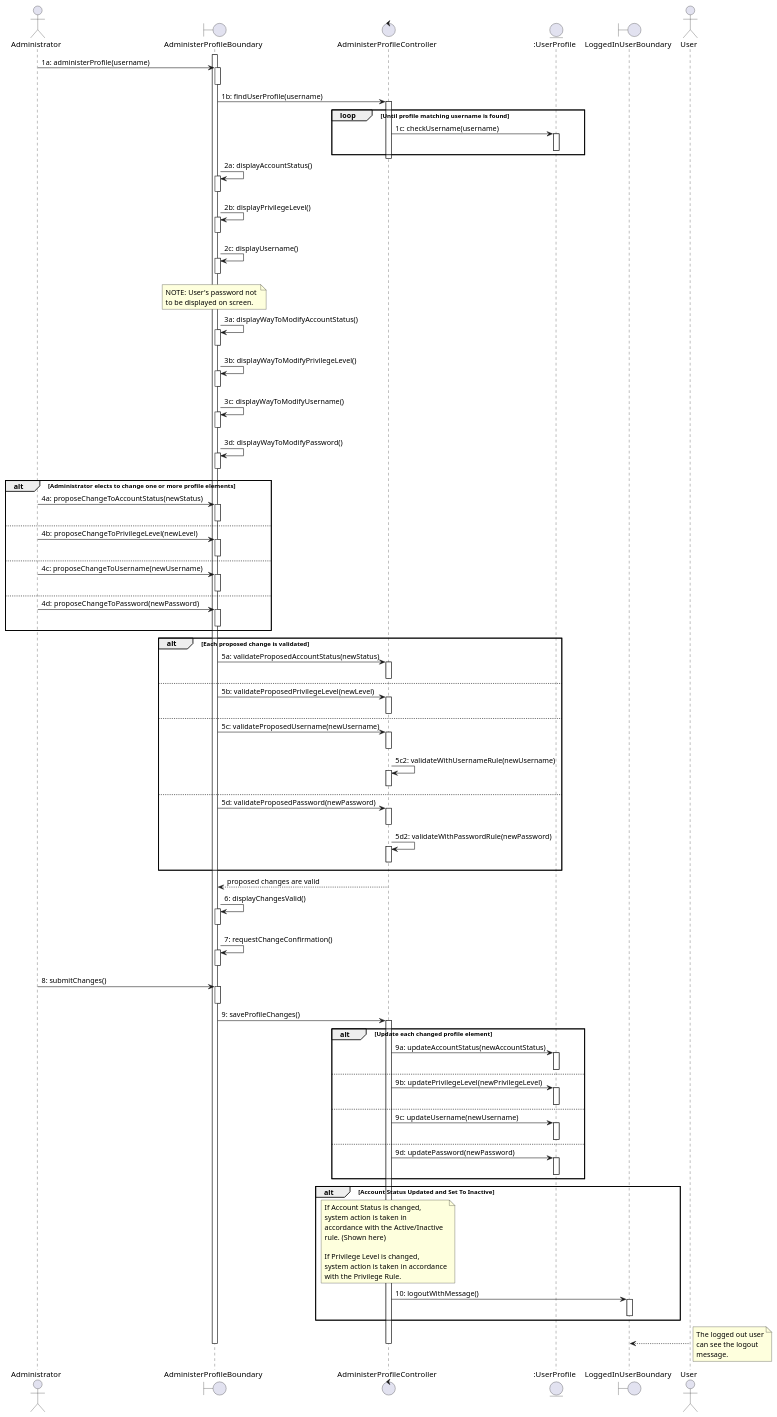
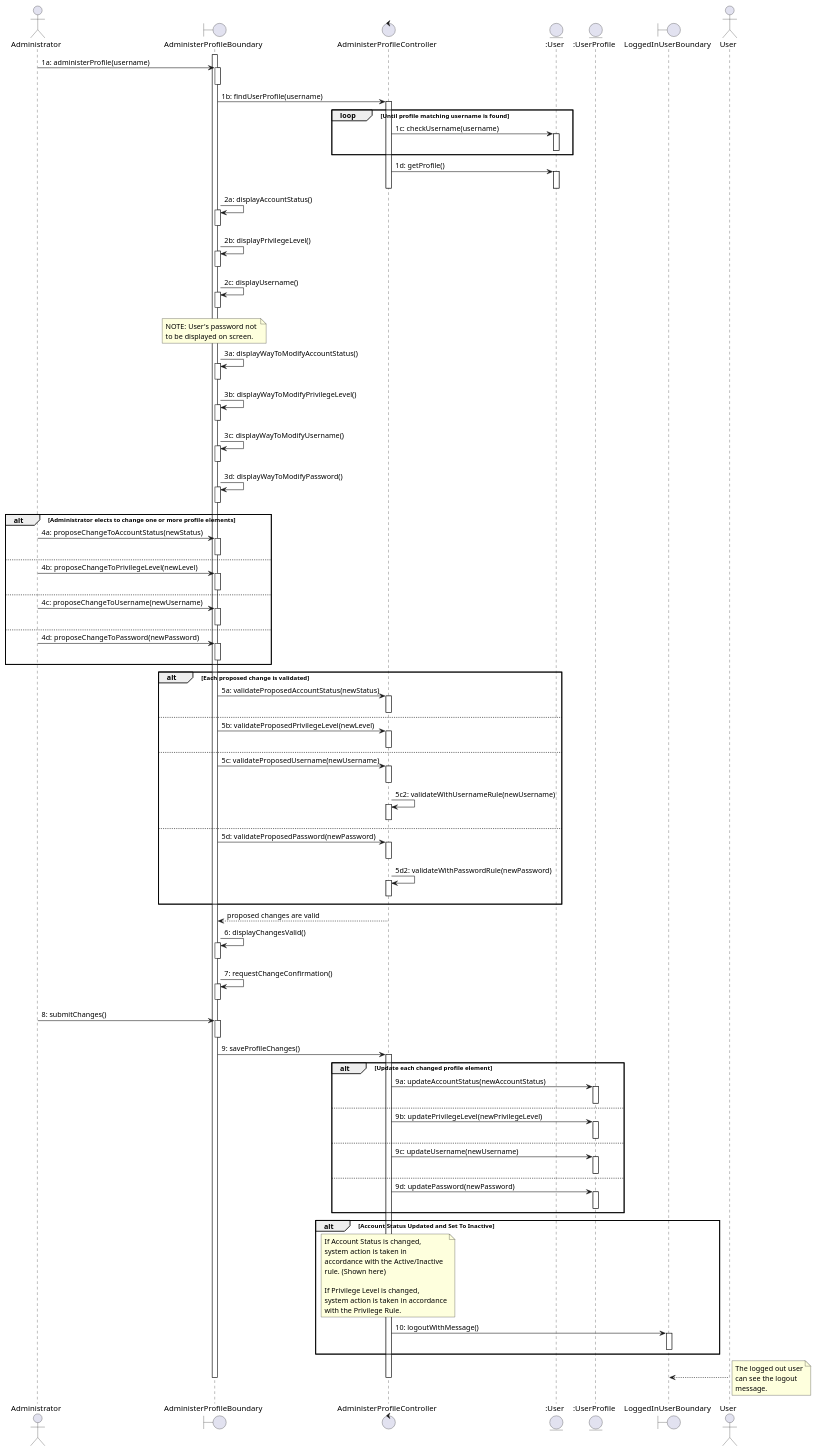
One commit to Lorilandly/ESN changed the diagram in docs/ooa/administer-user-profile/sequence.puml. Above: the diagram before and after it, drawn with PlantUML. The commit also changed 1 other file, not shown here.

Commit message:
Updated diagrams to include User entity

```diff
--- a/docs/ooa/administer-user-profile/sequence.puml
+++ b/docs/ooa/administer-user-profile/sequence.puml
@@ -1,161 +1,166 @@
 @startuml
 actor Administrator as a
 boundary AdministerProfileBoundary as ab
 control AdministerProfileController as ac
+entity ":User" as us
 entity ":UserProfile" as up
 boundary LoggedInUserBoundary as lu
 actor User as u
 
 activate ab
 
 a -> ab: 1a: administerProfile(username)
 activate ab
 deactivate ab
 
 ab -> ac: 1b: findUserProfile(username)
 activate ac
 loop Until profile matching username is found
-ac -> up: 1c: checkUsername(username)
-activate up
-deactivate up
+ac -> us: 1c: checkUsername(username)
+activate us
+deactivate us
 end loop
+
+ac -> us: 1d: getProfile()
+activate us
+deactivate us
 deactivate ac
 
 ab -> ab: 2a: displayAccountStatus()
 activate ab
 deactivate ab
 
 ab -> ab: 2b: displayPrivilegeLevel()
 activate ab
 deactivate ab
 
 ab -> ab: 2c: displayUsername()
 activate ab
 deactivate ab
 
 note over ab
 NOTE: User's password not 
 to be displayed on screen.
 end note
 
 ab -> ab: 3a: displayWayToModifyAccountStatus()
 activate ab
 deactivate ab
 
 ab -> ab: 3b: displayWayToModifyPrivilegeLevel()
 activate ab
 deactivate ab
 
 ab -> ab: 3c: displayWayToModifyUsername()
 activate ab
 deactivate ab
 
 ab -> ab: 3d: displayWayToModifyPassword()
 activate ab
 deactivate ab
 
 alt Administrator elects to change one or more profile elements
 a -> ab: 4a: proposeChangeToAccountStatus(newStatus)
 activate ab
 deactivate ab
 else
 a -> ab: 4b: proposeChangeToPrivilegeLevel(newLevel)
 activate ab
 deactivate ab
 else
 a -> ab: 4c: proposeChangeToUsername(newUsername)
 activate ab
 deactivate ab
 else
 a -> ab: 4d: proposeChangeToPassword(newPassword)
 activate ab
 deactivate ab
 end
 
 alt Each proposed change is validated
 ab -> ac: 5a: validateProposedAccountStatus(newStatus)
 activate ac
 deactivate ac
 else
 ab -> ac: 5b: validateProposedPrivilegeLevel(newLevel)
 activate ac
 deactivate ac
 else
 ab -> ac: 5c: validateProposedUsername(newUsername)
 activate ac
 deactivate ac
 ac -> ac: 5c2: validateWithUsernameRule(newUsername)
 activate ac
 deactivate ac
 else
 ab -> ac: 5d: validateProposedPassword(newPassword)
 activate ac
 deactivate ac
 ac -> ac: 5d2: validateWithPasswordRule(newPassword)
 activate ac
 deactivate ac
 end
 
 ac --> ab: proposed changes are valid
 ab -> ab: 6: displayChangesValid()
 activate ab
 deactivate ab
 ab -> ab: 7: requestChangeConfirmation()
 activate ab
 deactivate ab
 
 a -> ab: 8: submitChanges()
 activate ab
 deactivate ab
 
 ab -> ac: 9: saveProfileChanges()
 activate ac
 
 alt  Update each changed profile element
 ac -> up: 9a: updateAccountStatus(newAccountStatus)
 activate up
 deactivate up
 else
 ac -> up: 9b: updatePrivilegeLevel(newPrivilegeLevel)
 activate up
 deactivate up
 else
 ac -> up: 9c: updateUsername(newUsername)
 activate up
 deactivate up
 else
 ac -> up: 9d: updatePassword(newPassword)
 activate up
 deactivate up
 end
 
 alt Account Status Updated and Set To Inactive
 note over ac
 If Account Status is changed,
 system action is taken in 
 accordance with the Active/Inactive
 rule. (Shown here)
 
 If Privilege Level is changed,
 system action is taken in accordance
 with the Privilege Rule.
 end note
 
 ac -> lu: 10: logoutWithMessage()
 activate lu
 deactivate lu
 end
 u --> lu
 note right
 The logged out user
 can see the logout 
 message.
 end note
 deactivate ac
 deactivate up
 deactivate ab
 deactivate u
 deactivate ac
 deactivate lu
 
 @enduml
```
